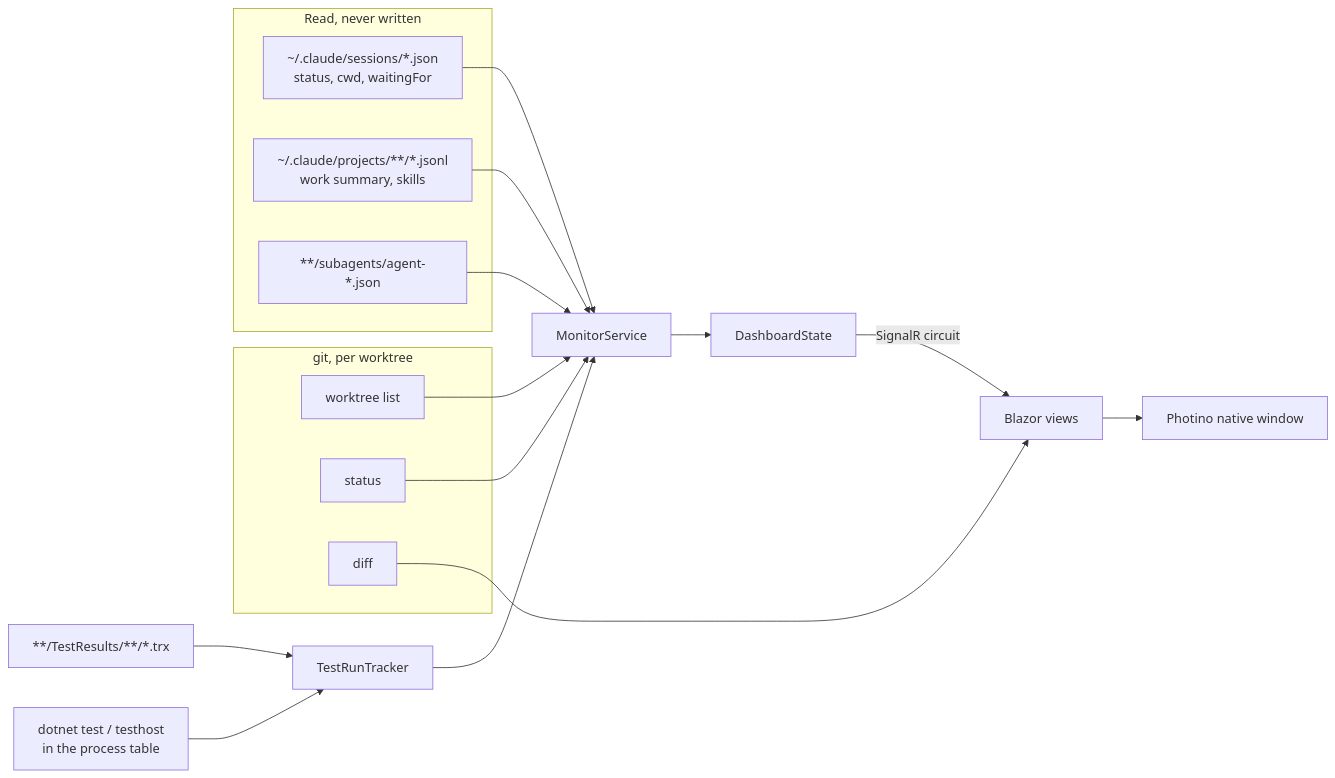
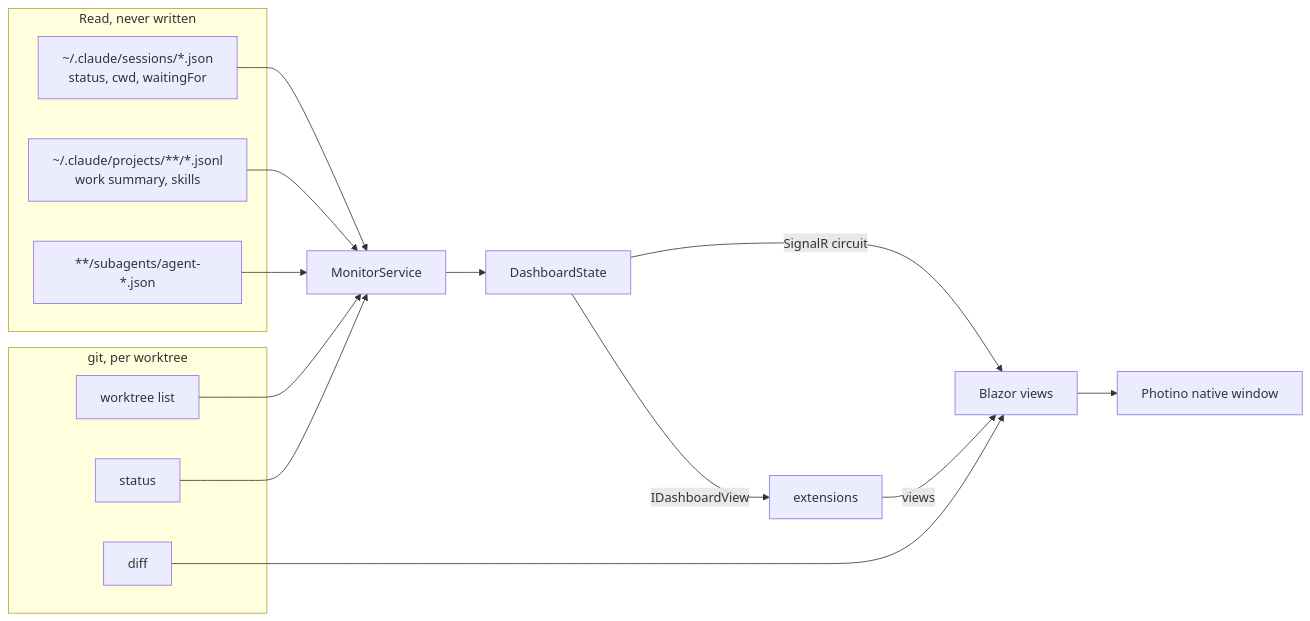
Before and after one commit to BradenTerry/Tog: the first of 2 diagrams in README.md, drawn with Mermaid. The commit also changed other lines of this file and 108 other files, not shown here.

````diff
--- a/README.md
+++ b/README.md
@@ -55,30 +54,26 @@
 ```mermaid
 flowchart LR
   subgraph read["Read, never written"]
     R["~/.claude/sessions/*.json<br/>status, cwd, waitingFor"]
     J["~/.claude/projects/**/*.jsonl<br/>work summary, skills"]
     SA["**/subagents/agent-*.json"]
   end
 
   subgraph git["git, per worktree"]
     W["worktree list"]
     S["status"]
     D["diff"]
   end
 
-  TRX["**/TestResults/**/*.trx"]
-  PS["dotnet test / testhost<br/>in the process table"]
-
   R --> M[MonitorService]
   J --> M
   SA --> M
   W --> M
   S --> M
-  TRX --> T[TestRunTracker]
-  PS --> T
-  T --> M
   M --> ST[DashboardState]
   ST -->|SignalR circuit| UI[Blazor views]
   D --> UI
   UI --> WIN[Photino native window]
+  ST -->|IDashboardView| X[extensions]
+  X -->|views| UI
 ```
````
